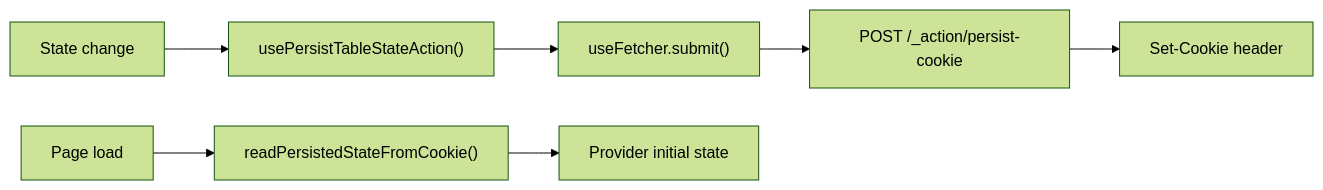
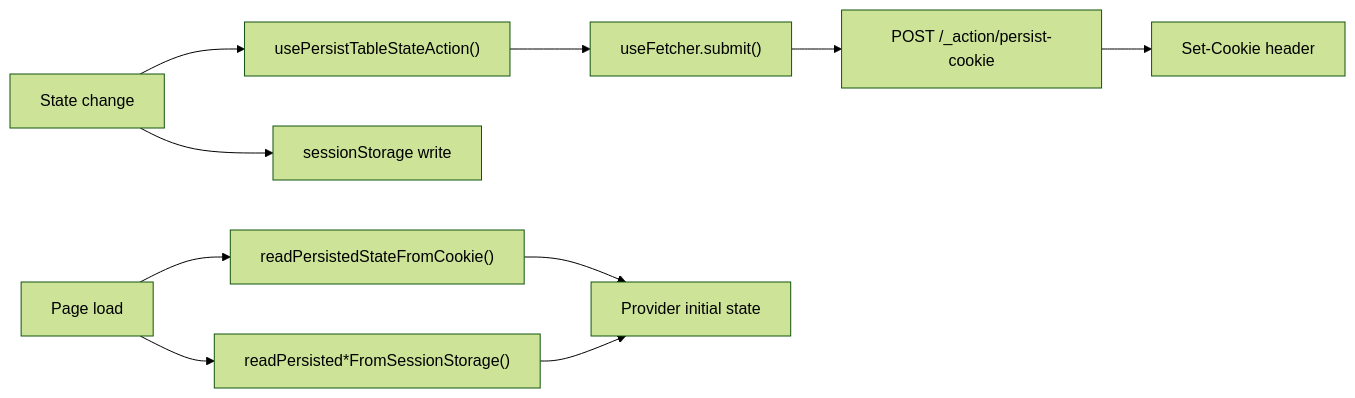
The fourth of 4 diagrams in apps/react-router/src/components/Table/ARCHITECTURE.md (luciocabrera/lcabrera-stack), drawn with Mermaid (forest theme) before and after one commit. The commit also changed other lines of this file and 25 other files, not shown here.

````diff
--- a/apps/react-router/src/components/Table/ARCHITECTURE.md
+++ b/apps/react-router/src/components/Table/ARCHITECTURE.md
@@ -155,10 +157,13 @@
 ```mermaid
 graph LR
   Change["State change"] --> Action["usePersistTableStateAction()"]
+  Change --> Session["sessionStorage write"]
   Action --> Fetcher["useFetcher.submit()"]
   Fetcher --> Route["POST /_action/persist-cookie"]
   Route --> Cookie["Set-Cookie header"]
 
-  Load["Page load"] --> Read["readPersistedStateFromCookie()"]
-  Read --> Init["Provider initial state"]
+  Load["Page load"] --> CookieRead["readPersistedStateFromCookie()"]
+  CookieRead --> Init["Provider initial state"]
+  Load --> SessionRead["readPersisted*FromSessionStorage()"]
+  SessionRead --> Init
 ```
````
